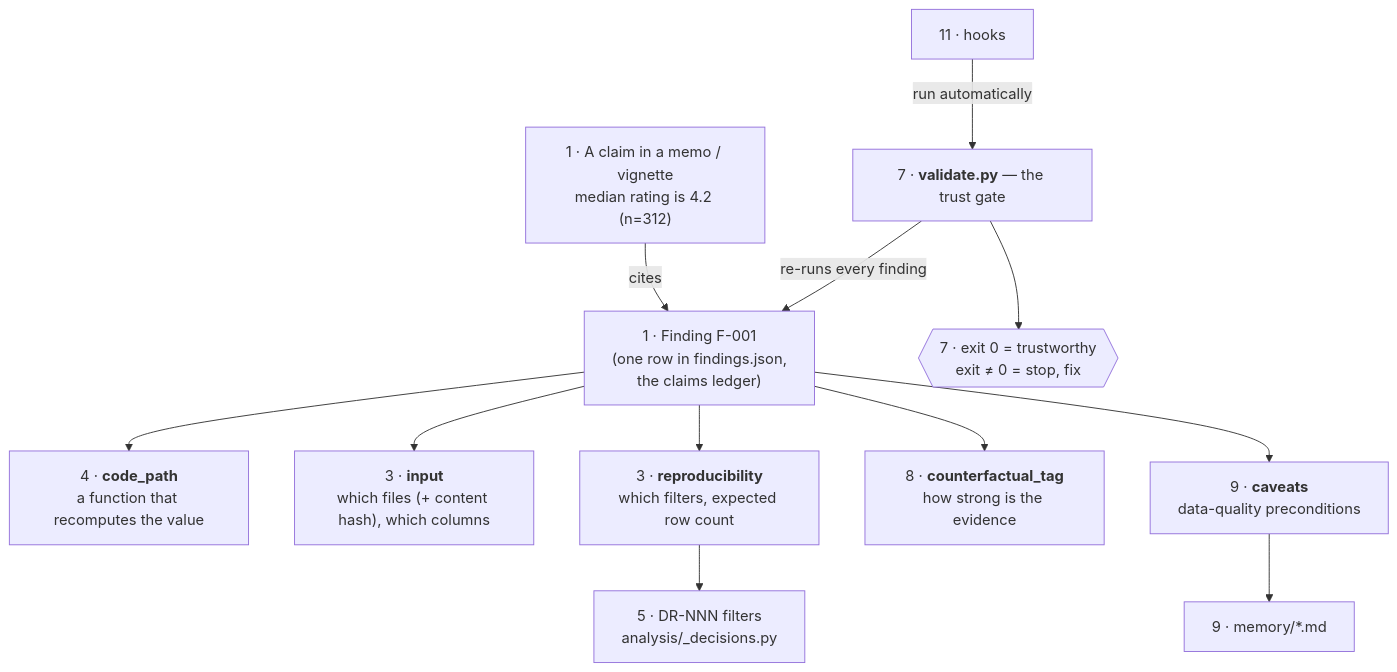
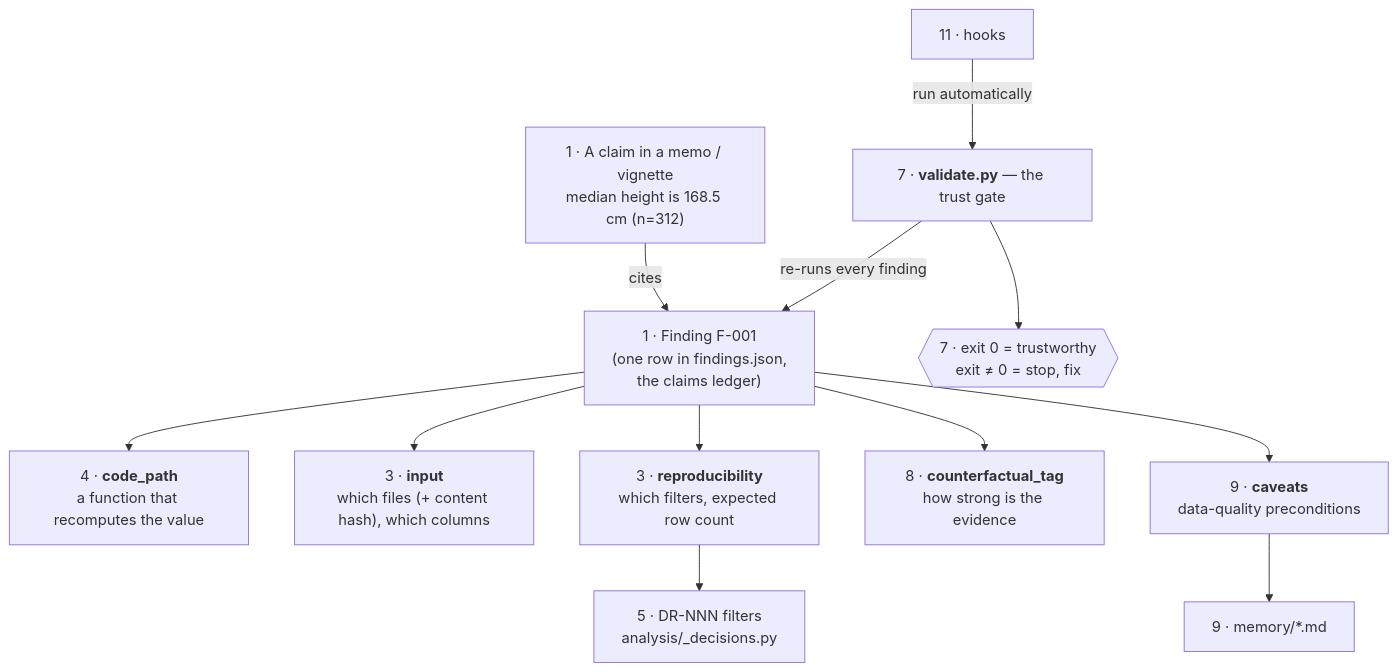
Before and after one commit to stephs-repos/analysis-kit: the first of 6 diagrams in docs/CONCEPTS.md, drawn with Mermaid. The commit also changed other lines of this file, not shown here.

First line of the commit message:
docs(concepts): use a domain-neutral running example (height, not session rating)

````diff
--- a/docs/CONCEPTS.md
+++ b/docs/CONCEPTS.md
@@ -24,19 +24,19 @@
 ```mermaid
 flowchart TD
-  memo["1 · A claim in a memo / vignette<br/>median rating is 4.2 (n=312)"] -->|cites| F
+  memo["1 · A claim in a memo / vignette<br/>median height is 168.5 cm (n=312)"] -->|cites| F
 
   F["1 · Finding F-001<br/>(one row in findings.json,<br/>the claims ledger)"]
 
   F --> code["4 · <b>code_path</b><br/>a function that recomputes the value"]
   F --> input["3 · <b>input</b><br/>which files (+ content hash), which columns"]
   F --> repro["3 · <b>reproducibility</b><br/>which filters, expected row count"]
   F --> tag["8 · <b>counterfactual_tag</b><br/>how strong is the evidence"]
   F --> cav["9 · <b>caveats</b><br/>data-quality preconditions"]
 
   repro --> dec["5 · DR-NNN filters<br/>analysis/_decisions.py"]
   cav --> mem["9 · memory/*.md"]
 
   validate["7 · <b>validate.py</b> — the trust gate"] -->|re-runs every finding| F
   validate --> exit{{"7 · exit 0 = trustworthy<br/>exit ≠ 0 = stop, fix"}}
   hooks["11 · hooks"] -->|run automatically| validate
 ```
````
